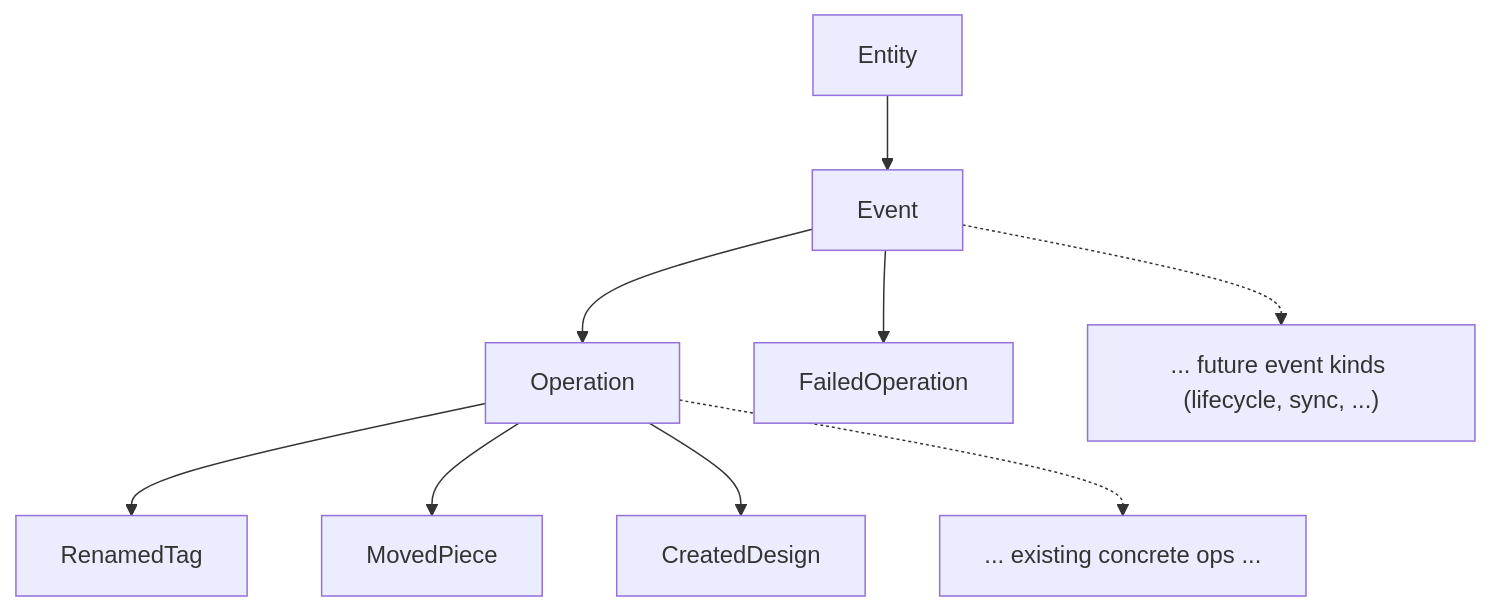
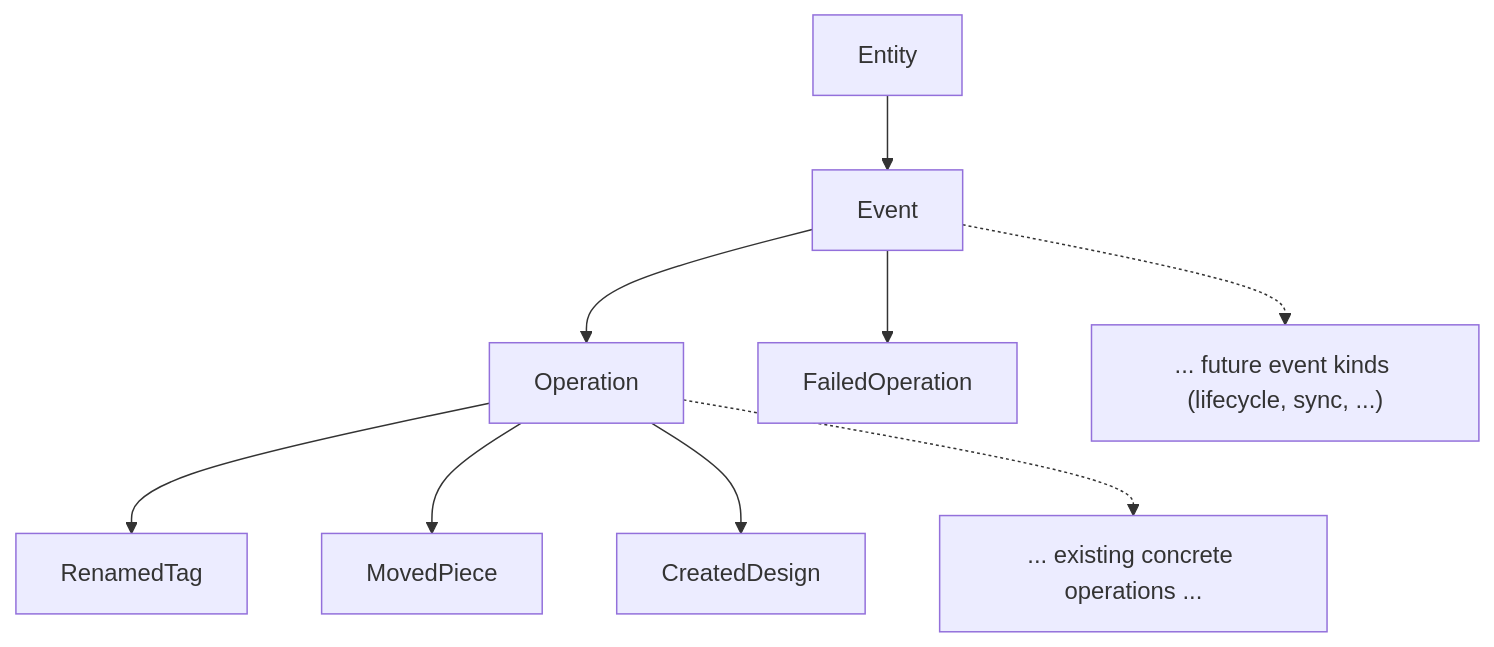
The diagram in .cursor/plans/single_subscription_endpoint_9d8dfb86.plan.md (usalu/semio), drawn with Mermaid before and after one commit. The commit also changed other lines of this file and 513 other files, not shown here.

````diff
--- a/.cursor/plans/single_subscription_endpoint_9d8dfb86.plan.md
+++ b/.cursor/plans/single_subscription_endpoint_9d8dfb86.plan.md
@@ -46,11 +46,11 @@
 ```mermaid
 graph TD
   Entity --> Event
   Event --> Operation
   Event --> FailedOperation
   Event -.-> FutureLifecycle["... future event kinds (lifecycle, sync, ...)"]
   Operation --> RenamedTag
   Operation --> MovedPiece
   Operation --> CreatedDesign
-  Operation -.-> Others["... existing concrete ops ..."]
+  Operation -.-> Others["... existing concrete operations ..."]
 ```
````
